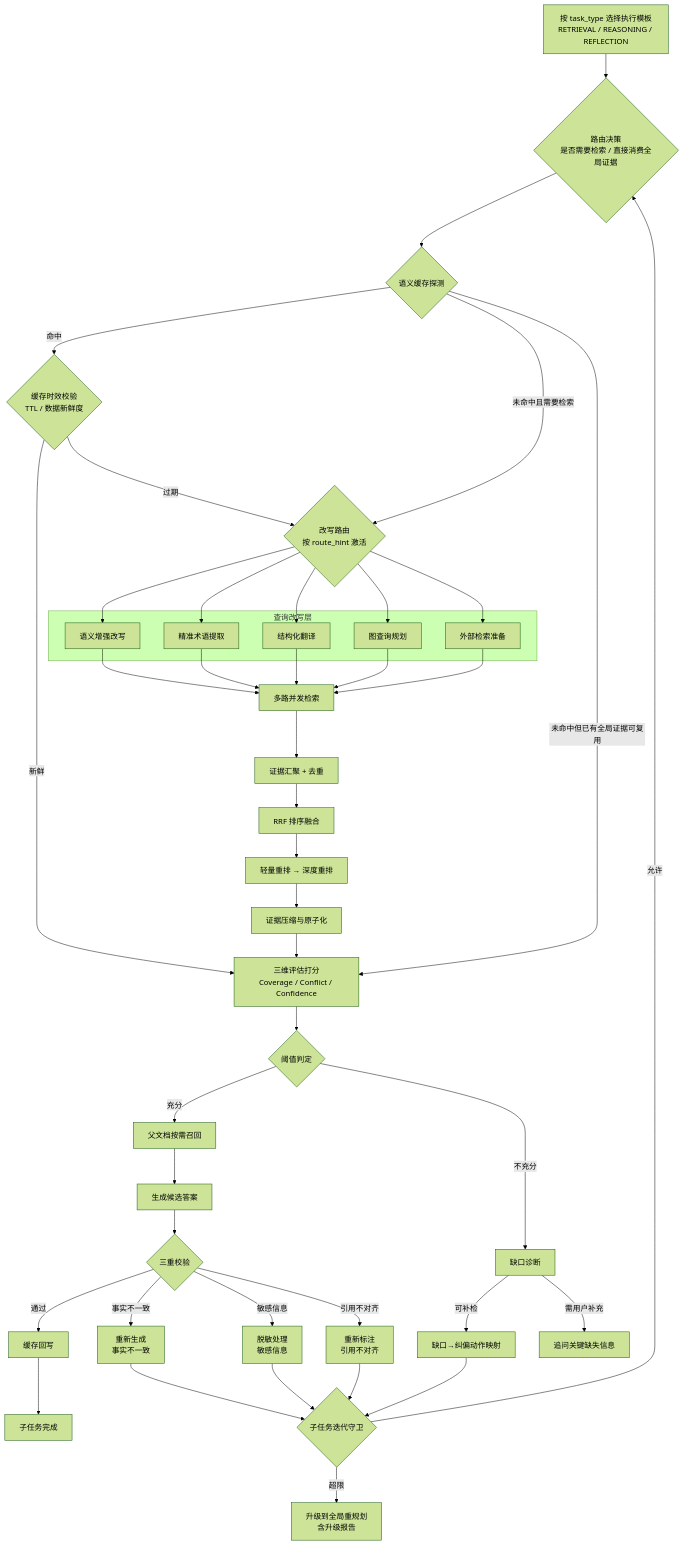
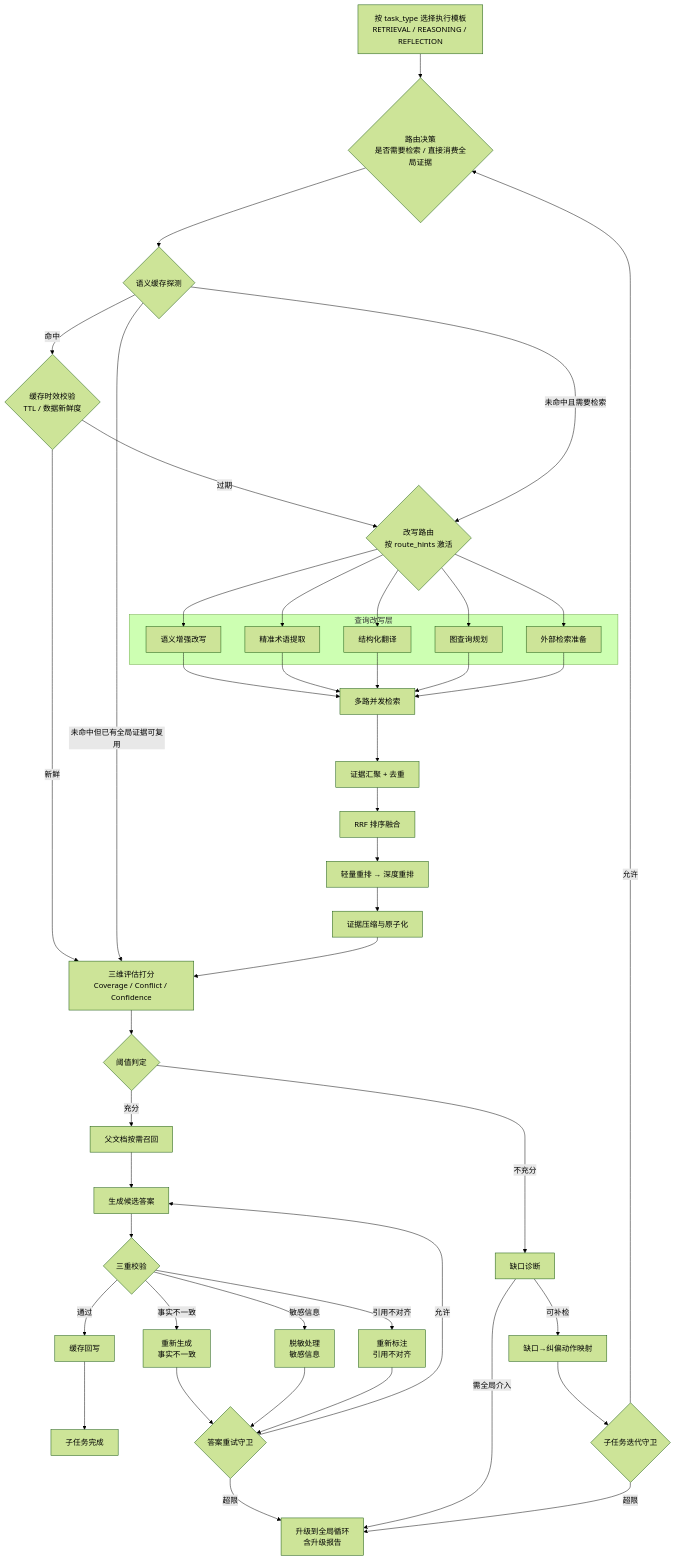
Before and after one commit to kkk935208447/learning_common_lib: the second of 6 diagrams in src/learning_common_lib/案例/用户AgenticRAG检索/架构设计规划.md, drawn with Mermaid (forest theme). The commit also changed other lines of this file and 1 other file, not shown here.

````diff
--- a/src/learning_common_lib/案例/用户AgenticRAG检索/架构设计规划.md
+++ b/src/learning_common_lib/案例/用户AgenticRAG检索/架构设计规划.md
@@ -112,65 +117,67 @@
 ```mermaid
 flowchart TD
     TaskTemplate["按 task_type 选择执行模板<br/>RETRIEVAL / REASONING / REFLECTION"]
     Router{"路由决策<br/>是否需要检索 / 直接消费全局证据"}
     CacheProbe{"语义缓存探测"}
     FreshnessCheck{"缓存时效校验<br/>TTL / 数据新鲜度"}
-    RewriteRoute{"改写路由<br/>按 route_hint 激活"}
+    RewriteRoute{"改写路由<br/>按 route_hints 激活"}
 
     subgraph RewriteLayer["查询改写层"]
         QV["语义增强改写"]
         QK["精准术语提取"]
         QS["结构化翻译"]
         QG["图查询规划"]
         QW["外部检索准备"]
     end
 
     Retrieval["多路并发检索"]
     Merge["证据汇聚 + 去重"]
     Fusion["RRF 排序融合"]
     Rerank["轻量重排 → 深度重排"]
     Compress["证据压缩与原子化"]
     EvalScore["三维评估打分<br/>Coverage / Conflict / Confidence"]
     Threshold{"阈值判定"}
     ParentHydration["父文档按需召回"]
     DraftClaims["生成候选答案"]
     Verify{"三重校验"}
     CacheWrite["缓存回写"]
     Done["子任务完成"]
 
     RetryFactual["重新生成<br/>事实不一致"]
     RetrySensitive["脱敏处理<br/>敏感信息"]
     RetryCitation["重新标注<br/>引用不对齐"]
+    VerifyGuard{"答案重试守卫"}
 
     GapDiag["缺口诊断"]
     GapMap["缺口→纠偏动作映射"]
-    Clarify["追问关键缺失信息"]
     LocalGuard{"子任务迭代守卫"}
-    Escalate["升级到全局重规划<br/>含升级报告"]
+    Escalate["升级到全局循环<br/>含升级报告"]
 
     TaskTemplate --> Router
     Router --> CacheProbe
     CacheProbe -- "命中" --> FreshnessCheck
     FreshnessCheck -- "新鲜" --> EvalScore
     FreshnessCheck -- "过期" --> RewriteRoute
     CacheProbe -- "未命中且需要检索" --> RewriteRoute
     CacheProbe -- "未命中但已有全局证据可复用" --> EvalScore
 
     RewriteRoute --> QV & QK & QS & QG & QW
     QV & QK & QS & QG & QW --> Retrieval
     Retrieval --> Merge --> Fusion --> Rerank --> Compress --> EvalScore
     EvalScore --> Threshold
 
     Threshold -- "充分" --> ParentHydration --> DraftClaims --> Verify
     Verify -- "通过" --> CacheWrite --> Done
-    Verify -- "事实不一致" --> RetryFactual --> LocalGuard
-    Verify -- "敏感信息" --> RetrySensitive --> LocalGuard
-    Verify -- "引用不对齐" --> RetryCitation --> LocalGuard
+    Verify -- "事实不一致" --> RetryFactual --> VerifyGuard
+    Verify -- "敏感信息" --> RetrySensitive --> VerifyGuard
+    Verify -- "引用不对齐" --> RetryCitation --> VerifyGuard
+    VerifyGuard -- "允许" --> DraftClaims
+    VerifyGuard -- "超限" --> Escalate
 
     Threshold -- "不充分" --> GapDiag
     GapDiag -- "可补检" --> GapMap --> LocalGuard
-    GapDiag -- "需用户补充" --> Clarify
+    GapDiag -- "需全局介入" --> Escalate
 
     LocalGuard -- "允许" --> Router
     LocalGuard -- "超限" --> Escalate
 ```
````
